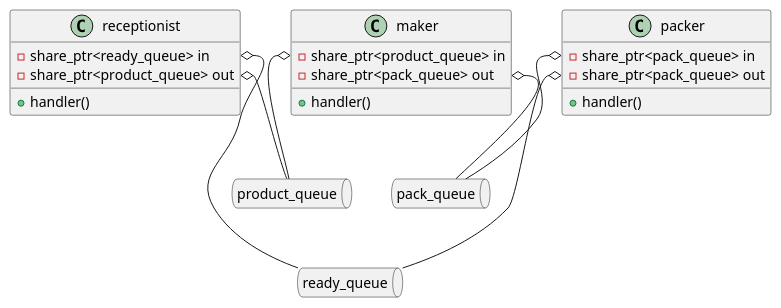
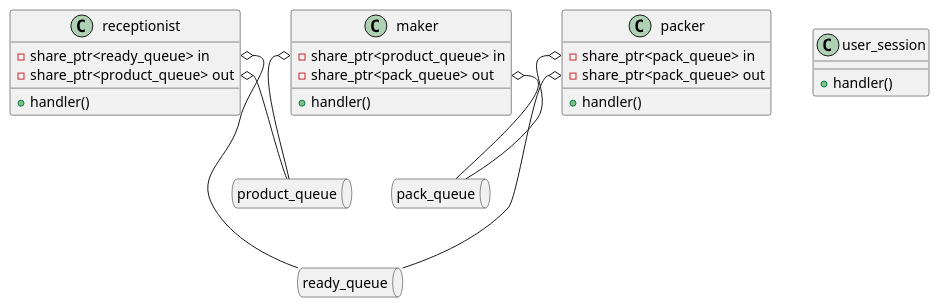
One commit to roamingunner/cmake-template changed the third of 5 diagrams in samples/boost.asio/drink_shop/README.md. Above: the diagram before and after it, drawn with PlantUML. The commit also changed other lines of this file and 16 other files, not shown here.

````diff
--- a/samples/boost.asio/drink_shop/README.md
+++ b/samples/boost.asio/drink_shop/README.md
@@ -54,37 +54,41 @@
 ```plantuml
 @startuml
+class user_session{
+  + handler()
+}
+
 class receptionist{
   - share_ptr<ready_queue> in
   - share_ptr<product_queue> out
   + handler()
 }
 
 class maker{
   - share_ptr<product_queue> in
   - share_ptr<pack_queue> out
   + handler()
 }
 
 class packer{
   - share_ptr<pack_queue> in
   - share_ptr<pack_queue> out
   + handler()
 }
 
 queue pack_queue{
 
 }
 queue product_queue{
     
 }
 queue ready_queue{
     
 }
 receptionist::in o-- ready_queue
 receptionist::out o-- product_queue
 maker::in o-- product_queue
 maker::out o-- pack_queue
 packer::in o-- pack_queue
 packer::out o--- ready_queue
 @enduml
 ```
````
